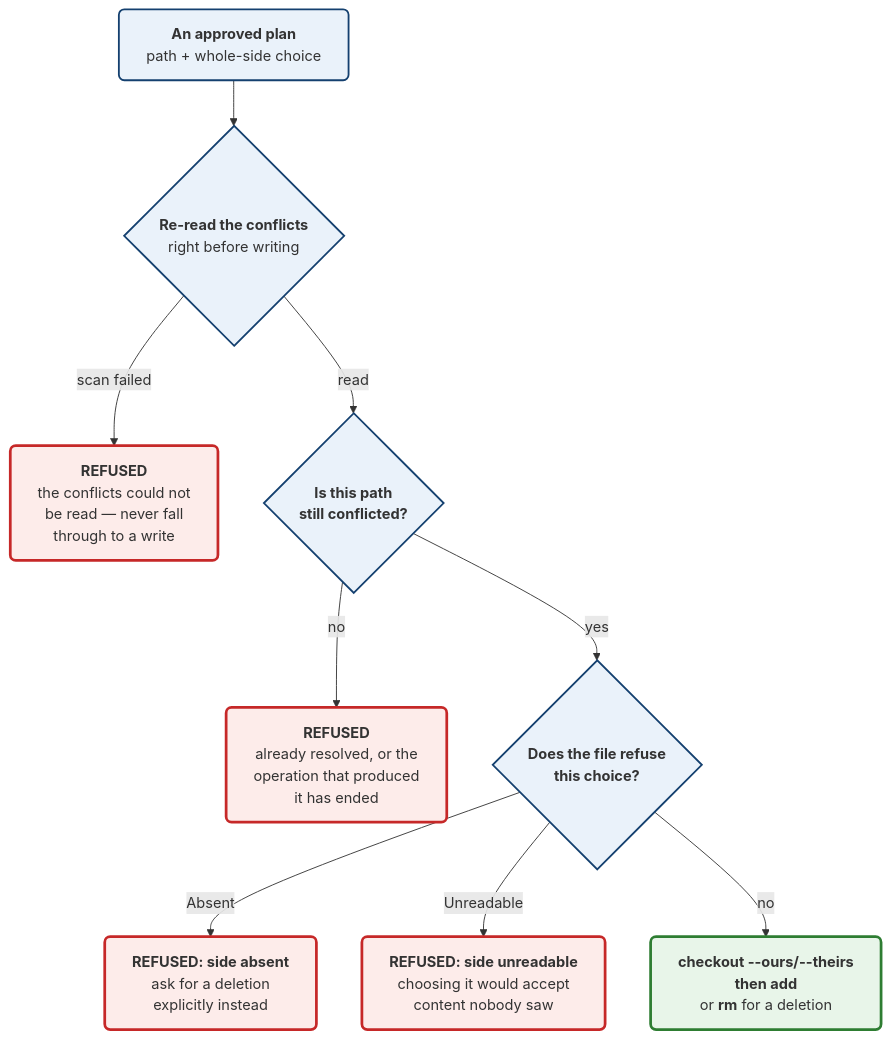
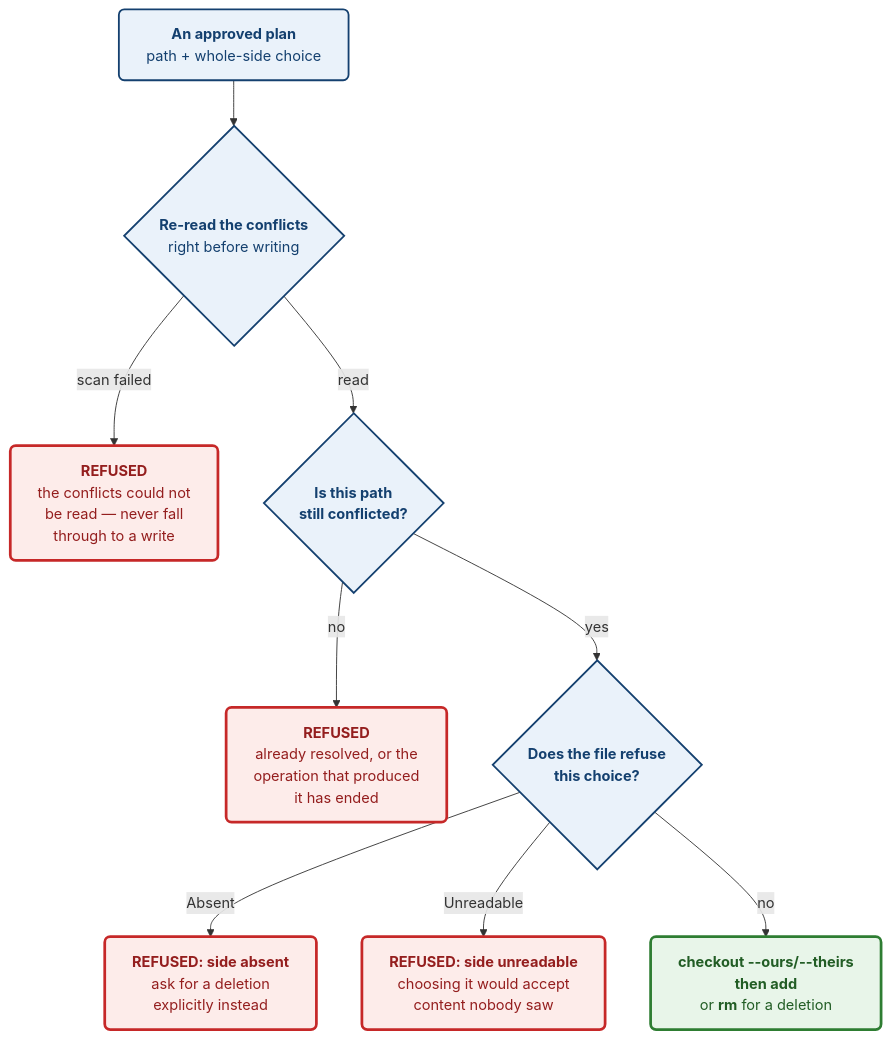
One commit to tom2025b/git-vista changed the diagram in docs/adr/0064-resolving-a-conflict-is-a-planned-operation.md. Above: the diagram before and after it, drawn with Mermaid. The commit also changed 21 other files, not shown here.

````diff
--- a/docs/adr/0064-resolving-a-conflict-is-a-planned-operation.md
+++ b/docs/adr/0064-resolving-a-conflict-is-a-planned-operation.md
@@ -96,50 +96,34 @@
 ```mermaid
 ---
 config:
   flowchart:
     wrappingWidth: 440
 ---
 flowchart TD
-    P["`**An approved plan**
-    path + whole-side choice`"]
-    SCAN{"`**Re-read the conflicts**
-    right before writing`"}
-    ERR["`**REFUSED**
-    the conflicts could not
-    be read — never fall
-    through to a write`"]
-    FIND{"`**Is this path
-    still conflicted?**`"}
-    GONE["`**REFUSED**
-    already resolved, or the
-    operation that produced
-    it has ended`"]
-    REF{"`**Does the file refuse
-    this choice?**`"}
-    ABS["`**REFUSED: side absent**
-    ask for a deletion
-    explicitly instead`"]
-    UNR["`**REFUSED: side unreadable**
-    choosing it would accept
-    content nobody saw`"]
-    GO["`**checkout --ours/--theirs
-    then add**
-    or **rm** for a deletion`"]
+    P["<b>An approved plan</b><br/>path + whole-side choice"]
+    SCAN{"<b>Re-read the conflicts</b><br/>right before writing"}
+    ERR["<b>REFUSED</b><br/>the conflicts could not<br/>be read — never fall<br/>through to a write"]
+    FIND{"<b>Is this path<br/>still conflicted?</b>"}
+    GONE["<b>REFUSED</b><br/>already resolved, or the<br/>operation that produced<br/>it has ended"]
+    REF{"<b>Does the file refuse<br/>this choice?</b>"}
+    ABS["<b>REFUSED: side absent</b><br/>ask for a deletion<br/>explicitly instead"]
+    UNR["<b>REFUSED: side unreadable</b><br/>choosing it would accept<br/>content nobody saw"]
+    GO["<b>checkout --ours/--theirs<br/>then add</b><br/>or <b>rm</b> for a deletion"]
 
     P --> SCAN
     SCAN -->|"scan failed"| ERR
     SCAN -->|"read"| FIND
     FIND -->|"no"| GONE
     FIND -->|"yes"| REF
     REF -->|"Absent"| ABS
     REF -->|"Unreadable"| UNR
     REF -->|"no"| GO
 
-    classDef ask fill:#eaf2fa,stroke:#14406f,stroke-width:2px,rx:6,ry:6
-    classDef refuse fill:#fdecea,stroke:#c62828,stroke-width:3px,rx:6,ry:6
-    classDef allow fill:#e8f5e9,stroke:#2e7d32,stroke-width:3px,rx:6,ry:6
+    classDef ask fill:#eaf2fa,stroke:#14406f,stroke-width:2px,rx:6,ry:6,color:#14406f
+    classDef refuse fill:#fdecea,stroke:#c62828,stroke-width:3px,rx:6,ry:6,color:#941e1e
+    classDef allow fill:#e8f5e9,stroke:#2e7d32,stroke-width:3px,rx:6,ry:6,color:#225d25
 
     class P,SCAN,FIND,REF ask
     class ERR,GONE,ABS,UNR refuse
     class GO allow
 ```
````
